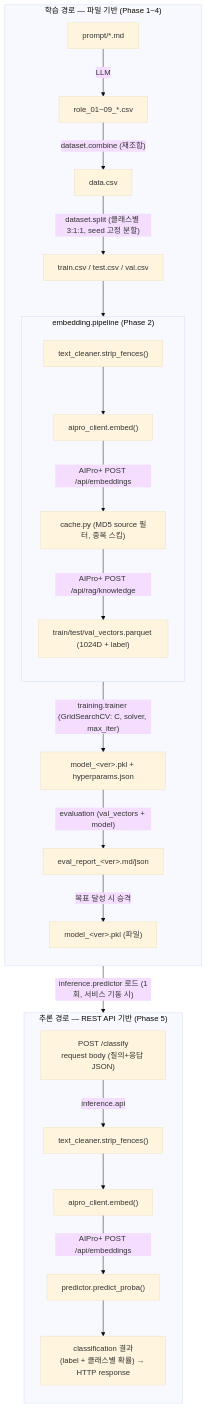
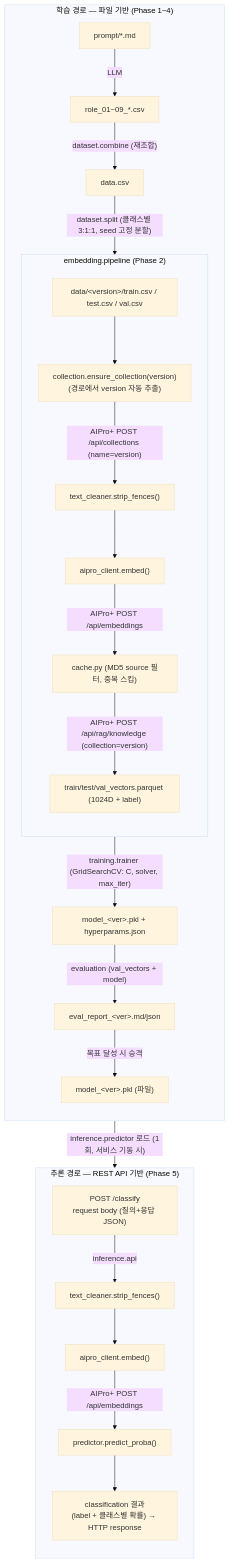
Before and after one commit to tanminkwan/embedding-lr: the diagram in docs/Architecture_Design.md, drawn with Mermaid (base theme). The commit also changed other lines of this file and 1 other file, not shown here.

First line of the commit message:
docs: version-scoped AIPro+ collections for embedding reuse

````diff
--- a/docs/Architecture_Design.md
+++ b/docs/Architecture_Design.md
@@ -88,31 +102,32 @@
 ```mermaid
 flowchart TD
     subgraph TRAIN["학습 경로 — 파일 기반 (Phase 1~4)"]
         direction TD
         A["prompt/*.md"] -->|LLM| B["role_01~09_*.csv"]
         B -->|"dataset.combine (재조합)"| C["data.csv"]
-        C -->|"dataset.split (클래스별 3:1:1, seed 고정 분할)"| D["train.csv / test.csv / val.csv"]
+        C -->|"dataset.split (클래스별 3:1:1, seed 고정 분할)"| D["data/&lt;version&gt;/train.csv / test.csv / val.csv"]
 
         subgraph PHASE2["embedding.pipeline (Phase 2)"]
             direction TD
-            E["text_cleaner.strip_fences()"] --> F["aipro_client.embed()"]
+            D --> V["collection.ensure_collection(version)<br/>(경로에서 version 자동 추출)"]
+            V -->|"AIPro+ POST /api/collections (name=version)"| E["text_cleaner.strip_fences()"]
+            E --> F["aipro_client.embed()"]
             F -->|"AIPro+ POST /api/embeddings"| G["cache.py (MD5 source 필터, 중복 스킵)"]
-            G -->|"AIPro+ POST /api/rag/knowledge"| H["train/test/val_vectors.parquet (1024D + label)"]
+            G -->|"AIPro+ POST /api/rag/knowledge (collection=version)"| H["train/test/val_vectors.parquet (1024D + label)"]
         end
 
-        D --> E
         H -->|"training.trainer (GridSearchCV: C, solver, max_iter)"| I["model_&lt;ver&gt;.pkl + hyperparams.json"]
         I -->|"evaluation (val_vectors + model)"| J["eval_report_&lt;ver&gt;.md/json"]
         J -->|목표 달성 시 승격| K["model_&lt;ver&gt;.pkl (파일)"]
     end
 
     subgraph INFER["추론 경로 — REST API 기반 (Phase 5)"]
         direction TD
         M["POST /classify<br/>request body (질의+응답 JSON)"] -->|"inference.api"| N["text_cleaner.strip_fences()"]
         N --> O["aipro_client.embed()"]
         O -->|"AIPro+ POST /api/embeddings"| P["predictor.predict_proba()"]
         P --> Q["classification 결과<br/>(label + 클래스별 확률) → HTTP response"]
     end
 
     K -->|"inference.predictor 로드 (1회, 서비스 기동 시)"| P
 ```
````
